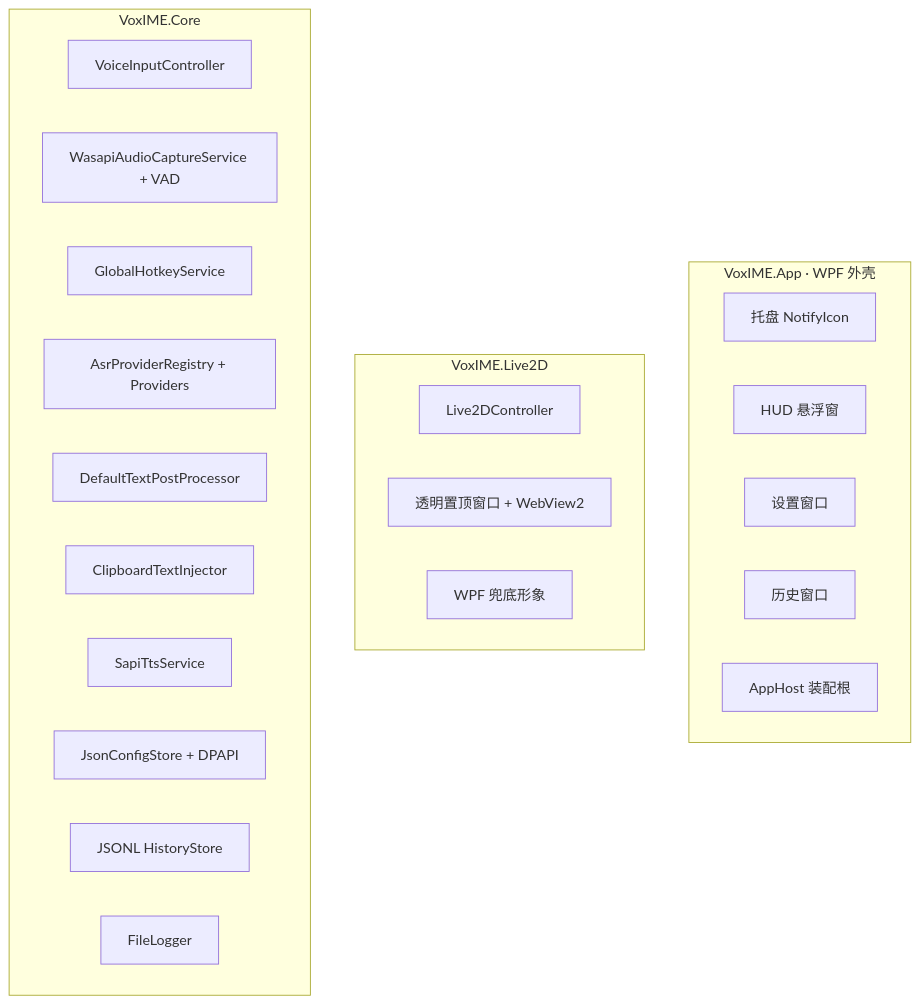
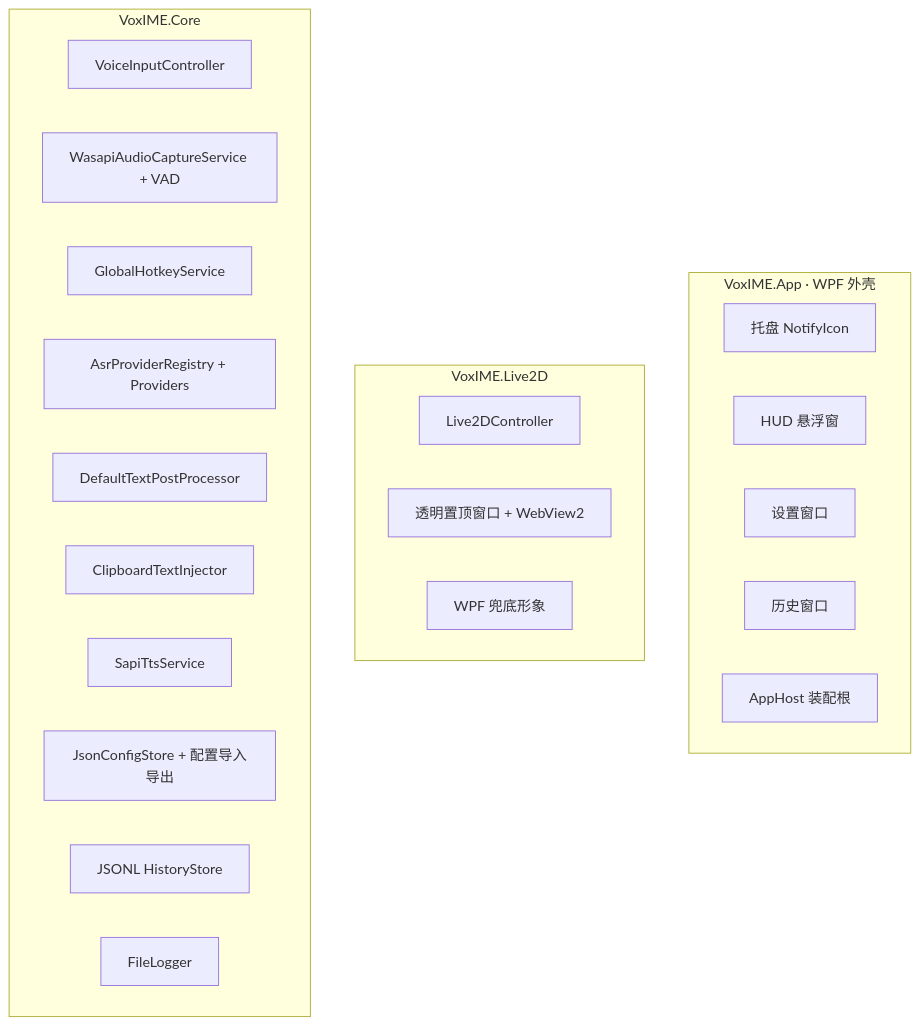
Before and after one commit to Janzhynhuh/VoxIME: the first of 3 diagrams in docs/ARCHITECTURE.md, drawn with Mermaid. The commit also changed other lines of this file and 14 other files, not shown here.

````diff
--- a/docs/ARCHITECTURE.md
+++ b/docs/ARCHITECTURE.md
@@ -18,27 +18,27 @@
 ```mermaid
 flowchart TB
     subgraph App[VoxIME.App · WPF 外壳]
         Tray[托盘 NotifyIcon]
         HUD[HUD 悬浮窗]
         Settings[设置窗口]
         HistoryW[历史窗口]
         AppHost[AppHost 装配根]
     end
     subgraph Live[VoxIME.Live2D]
         L2D[Live2DController]
         L2DW[透明置顶窗口 + WebView2]
         Fallback[WPF 兜底形象]
     end
     subgraph Core[VoxIME.Core]
         Ctrl[VoiceInputController]
         Audio[WasapiAudioCaptureService + VAD]
         HK[GlobalHotkeyService]
         ASR[AsrProviderRegistry + Providers]
         Post[DefaultTextPostProcessor]
         Ins[ClipboardTextInjector]
         TTS[SapiTtsService]
-        Cfg[JsonConfigStore + DPAPI]
+        Cfg[JsonConfigStore + 配置导入导出]
         Hist[JSONL HistoryStore]
         Log[FileLogger]
     end
 ```
````
